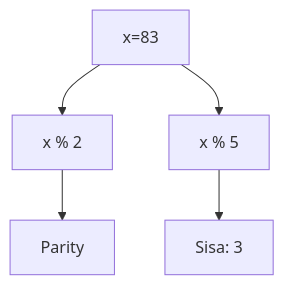
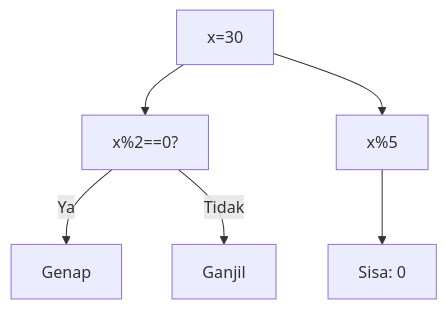
Diagram 14 of 25 in part-c-pemahaman-cpp/04-fungsi/latihan/set-09.md (amnahwaida/OSNK_INF_PREP), drawn with Mermaid before and after one commit. The commit also changed other lines of this file and 71 other files, not shown here.

Commit message:
Fixed Mermaid syntax lexical errors with quoted labels in 1,800 questions

````diff
--- a/part-c-pemahaman-cpp/04-fungsi/latihan/set-09.md
+++ b/part-c-pemahaman-cpp/04-fungsi/latihan/set-09.md
@@ -439,7 +429,8 @@
 ```mermaid
 graph TD
-A[x=83] --> B[x % 2]
-B --> C[Parity]
-A --> D[x % 5]
-D --> E[Sisa: 3]
+A["x=30"] --> B["x%2==0?"]
+B -- Ya --> C["Genap"]
+B -- Tidak --> D["Ganjil"]
+A --> E["x%5"]
+E --> F["Sisa: 0"]
 ```
````
